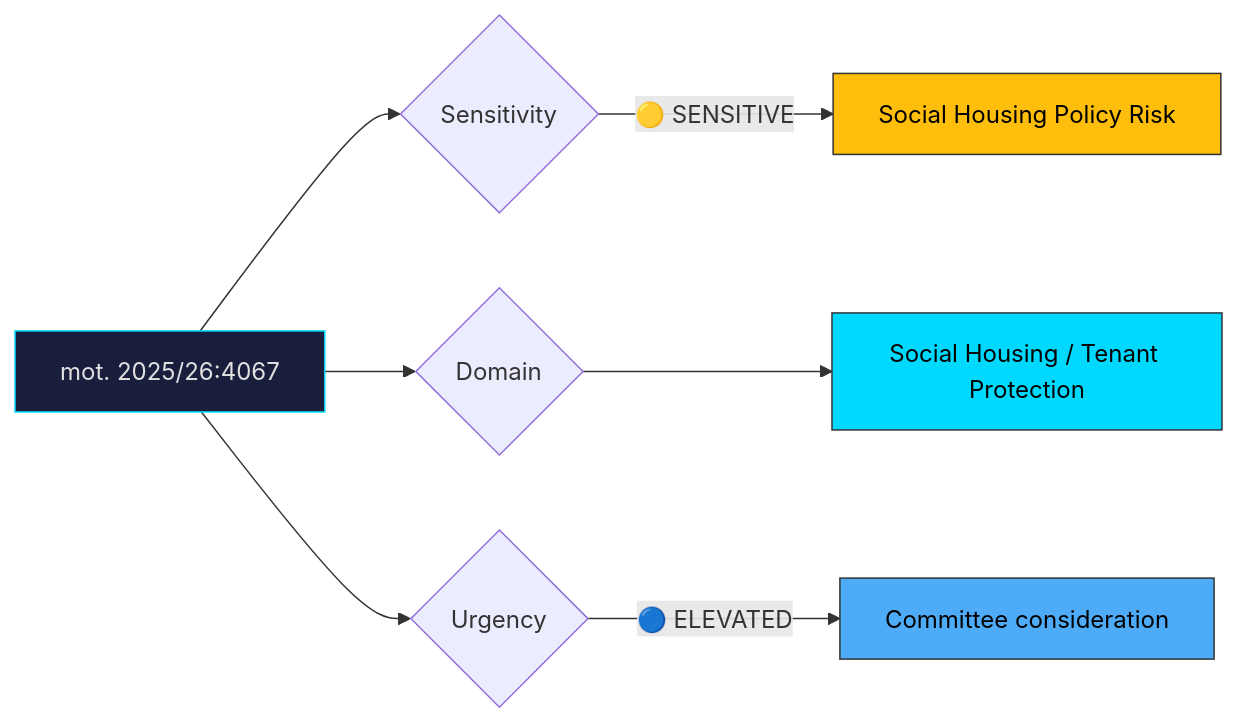
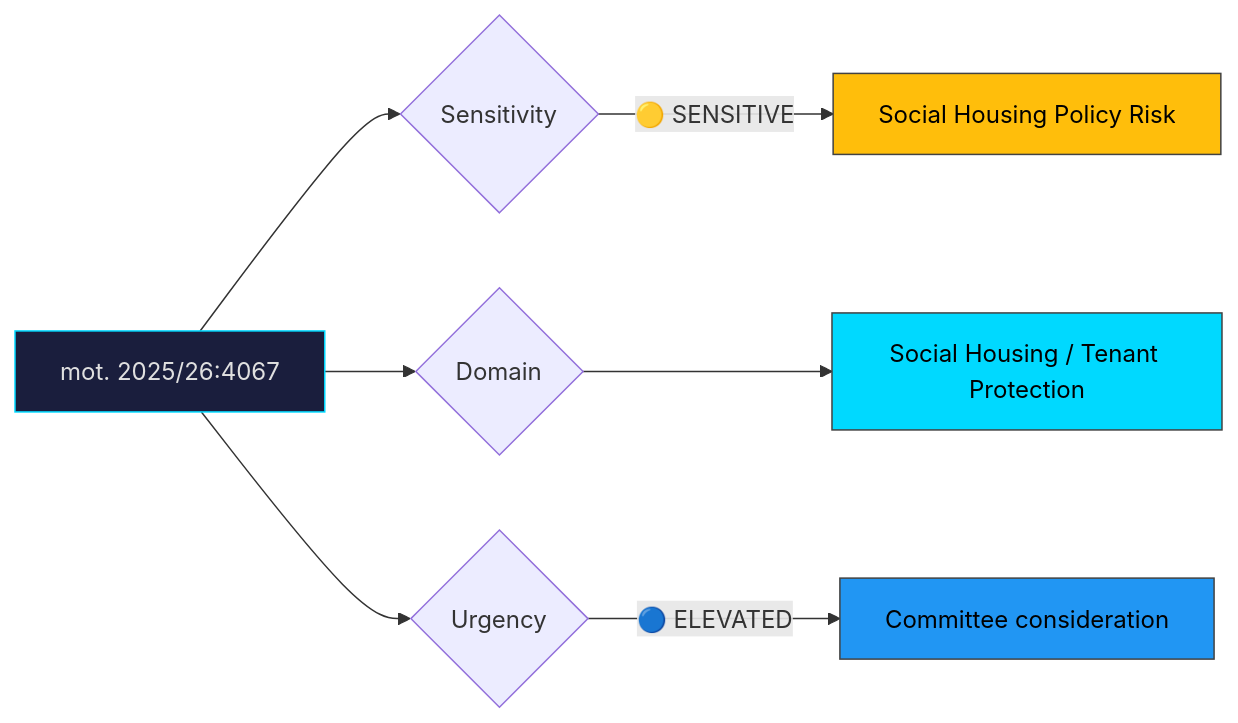
The diagram in analysis/daily/2026-04-10/motions/documents/hd024067-analysis.md (Hack23/riksdagsmonitor), drawn with Mermaid before and after one commit. The commit also changed 785 other files, not shown here.

First line of the commit message:
Normalize mermaid colors across 786 analysis artifacts to ISMS Style Guide palette

````diff
--- a/analysis/daily/2026-04-10/motions/documents/hd024067-analysis.md
+++ b/analysis/daily/2026-04-10/motions/documents/hd024067-analysis.md
@@ -22,13 +22,13 @@
 ```mermaid
 graph LR
     A["mot. 2025/26:4067"] --> B{Sensitivity}
     B -->|"🟡 SENSITIVE"| C["Social Housing Policy Risk"]
     A --> D{Domain}
     D --> E["Social Housing / Tenant Protection"]
     A --> F{Urgency}
     F -->|"🔵 ELEVATED"| G["Committee consideration"]
     style A fill:#1a1e3d,stroke:#00d9ff,color:#e0e0e0
-    style C fill:#ffbe0b,stroke:#333,color:#000
-    style E fill:#00d9ff,stroke:#333,color:#000
-    style G fill:#4dabf7,stroke:#333,color:#000
+    style C fill:#ffbe0b,stroke:#424242,color:#000000
+    style E fill:#00d9ff,stroke:#424242,color:#000000
+    style G fill:#2196F3,stroke:#424242,color:#000000
 ```
````
